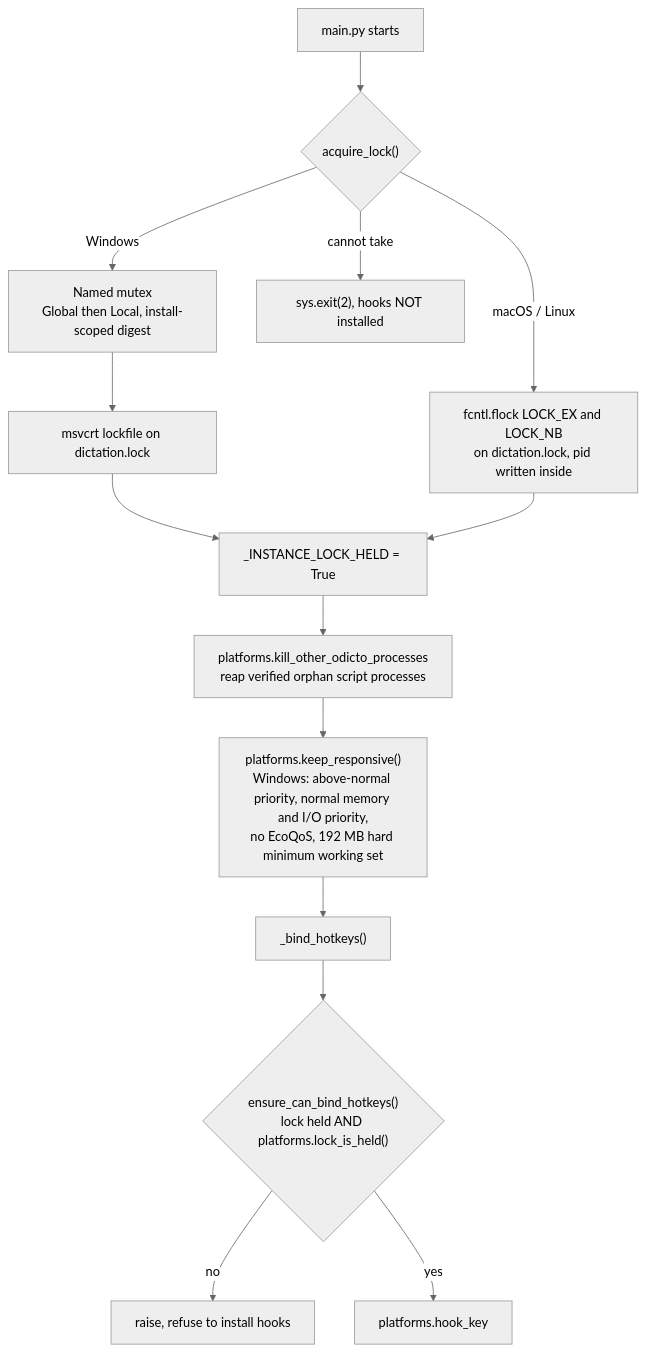
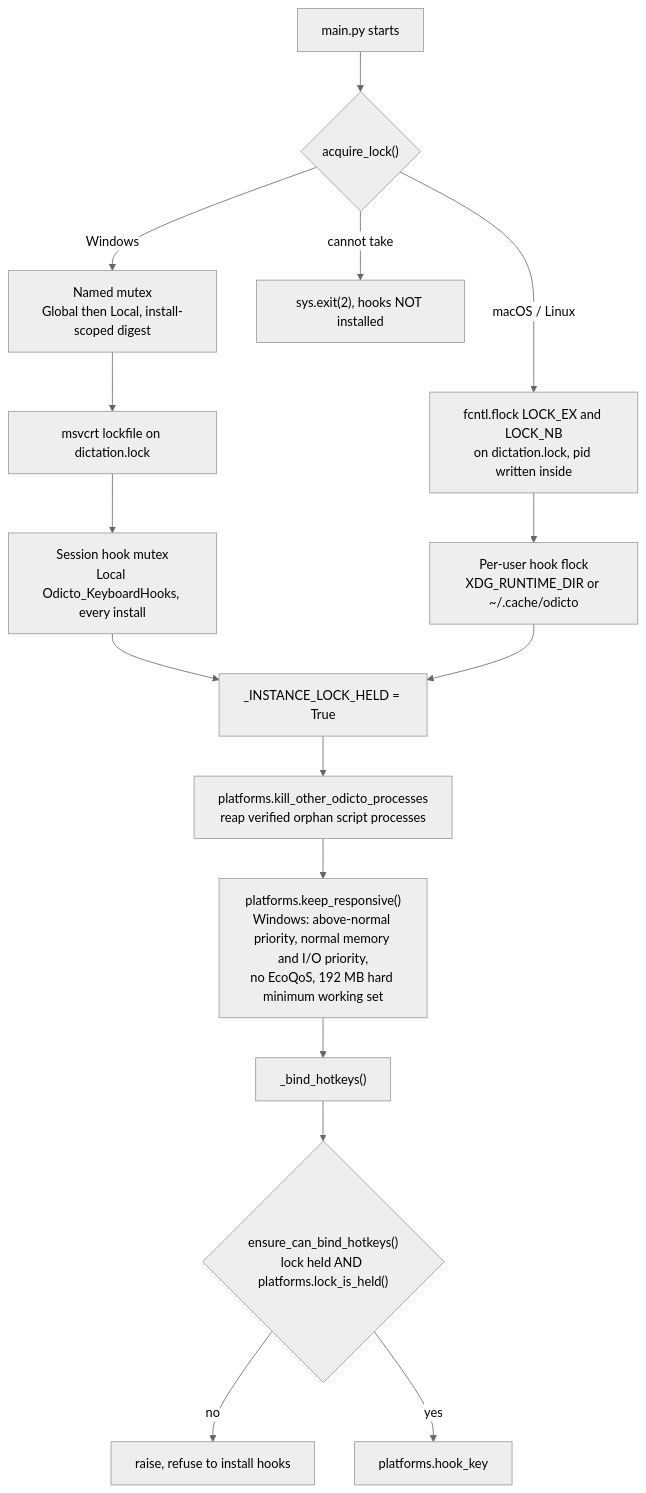
One commit to Gargeya-Grey/Odicto changed the sixth of 7 diagrams in docs/architecture.md. Above: the diagram before and after it, drawn with Mermaid (neutral theme). The commit also changed other lines of this file and 9 other files, not shown here.

First line of the commit message:
Session keyboard-hook lock: a second install cannot hook the keyboard

````diff
--- a/docs/architecture.md
+++ b/docs/architecture.md
@@ -498,16 +498,18 @@
 ```mermaid
 graph TD
     Start["main.py starts"] --> Lock{"acquire_lock()"}
     Lock -->|Windows| Mutex["Named mutex<br/>Global then Local, install-scoped digest"]
     Mutex --> LockFile["msvcrt lockfile on dictation.lock"]
+    LockFile --> HookMutex["Session hook mutex<br/>Local Odicto_KeyboardHooks, every install"]
     Lock -->|macOS / Linux| Flock["fcntl.flock LOCK_EX and LOCK_NB<br/>on dictation.lock, pid written inside"]
-    LockFile --> Held["_INSTANCE_LOCK_HELD = True"]
-    Flock --> Held
+    Flock --> HookFlock["Per-user hook flock<br/>XDG_RUNTIME_DIR or ~/.cache/odicto"]
+    HookMutex --> Held["_INSTANCE_LOCK_HELD = True"]
+    HookFlock --> Held
     Lock -->|cannot take| Exit["sys.exit(2), hooks NOT installed"]
     Held --> Kill["platforms.kill_other_odicto_processes<br/>reap verified orphan script processes"]
     Kill --> Keep["platforms.keep_responsive()<br/>Windows: above-normal priority, normal memory and I/O priority,<br/>no EcoQoS, 192 MB hard minimum working set"]
     Keep --> Bind["_bind_hotkeys()"]
     Bind --> Gate{"ensure_can_bind_hotkeys()<br/>lock held AND platforms.lock_is_held()"}
     Gate -->|no| NoHooks["raise, refuse to install hooks"]
     Gate -->|yes| Hooks["platforms.hook_key"]
 ```
````
